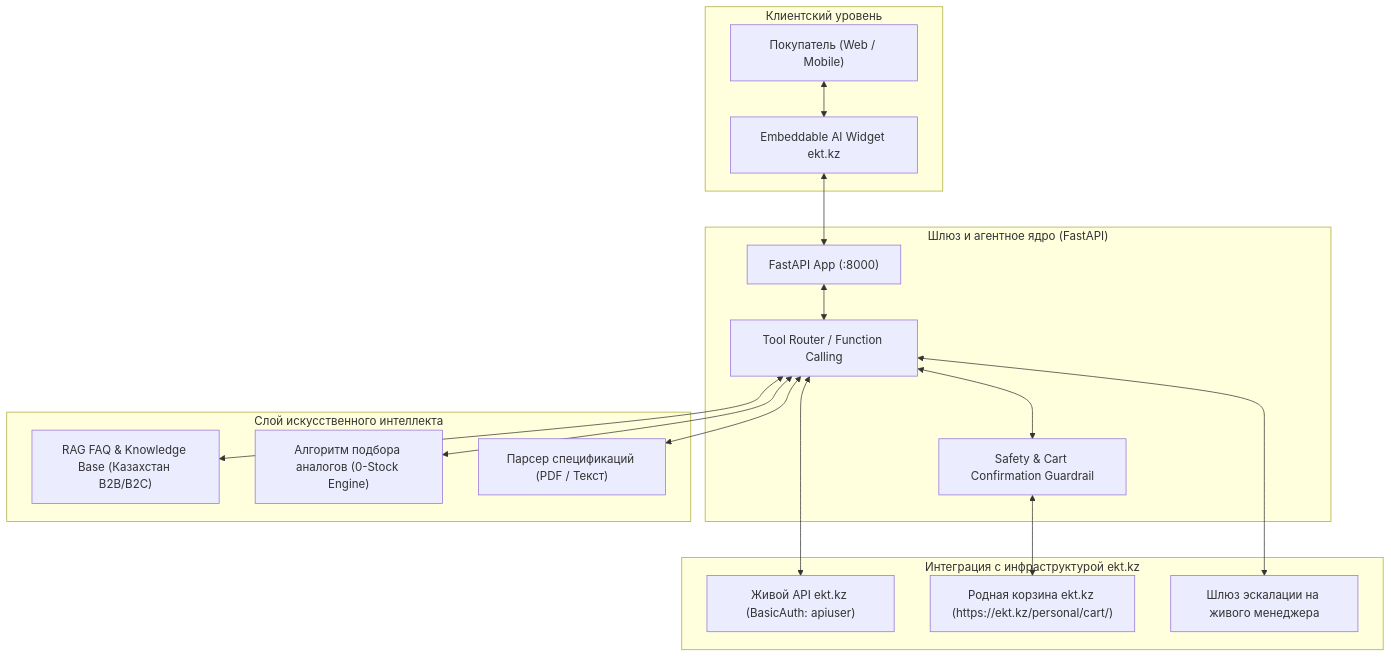
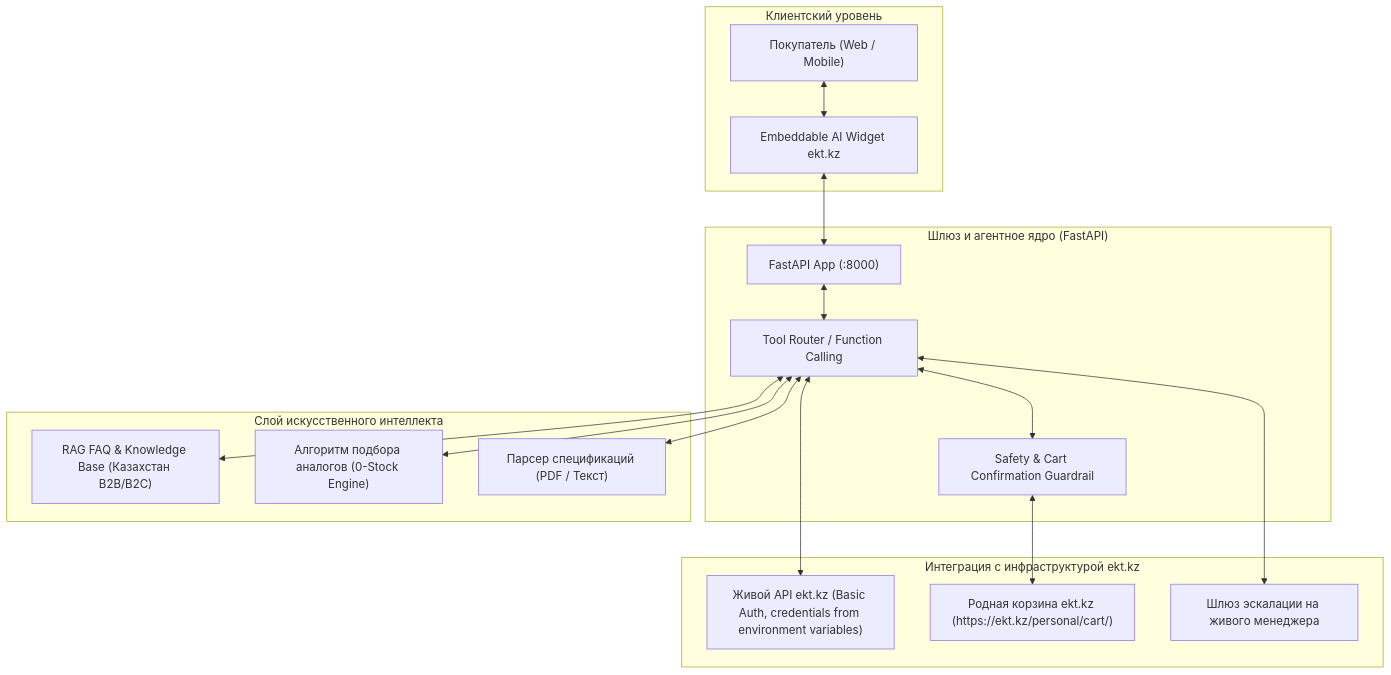
The diagram in docs/solution-architecture.md (BAITC-Hacks/hack-80299a21-nexis), drawn with Mermaid before and after one commit. The commit also changed 13 other files, not shown here.

````diff
--- a/docs/solution-architecture.md
+++ b/docs/solution-architecture.md
@@ -26,36 +26,36 @@
 ```mermaid
 flowchart TB
     subgraph ClientLayer ["Клиентский уровень"]
         Customer["Покупатель (Web / Mobile)"]
         Widget["Embeddable AI Widget ekt.kz"]
         Customer <--> Widget
     end
 
     subgraph APILayer ["Шлюз и агентное ядро (FastAPI)"]
         API["FastAPI App (:8000)"]
         Router["Tool Router / Function Calling"]
         Guard["Safety & Cart Confirmation Guardrail"]
         API <--> Router
         Router <--> Guard
     end
 
     subgraph IntelligenceLayer ["Слой искусственного интеллекта"]
         RAG["RAG FAQ & Knowledge Base (Казахстан B2B/B2C)"]
         AnalogEngine["Алгоритм подбора аналогов (0-Stock Engine)"]
         SpecParser["Парсер спецификаций (PDF / Текст)"]
     end
 
     subgraph EktIntegration ["Интеграция с инфраструктурой ekt.kz"]
-        EktAPI["Живой API ekt.kz (BasicAuth: apiuser)"]
+        EktAPI["Живой API ekt.kz (Basic Auth, credentials from environment variables)"]
         EktCart["Родная корзина ekt.kz (https://ekt.kz/personal/cart/)"]
         ManagerEscalate["Шлюз эскалации на живого менеджера"]
     end
 
     Widget <--> API
     Router <--> RAG
     Router <--> AnalogEngine
     Router <--> SpecParser
     Router <--> EktAPI
     Guard <--> EktCart
     Router <--> ManagerEscalate
 ```
````
